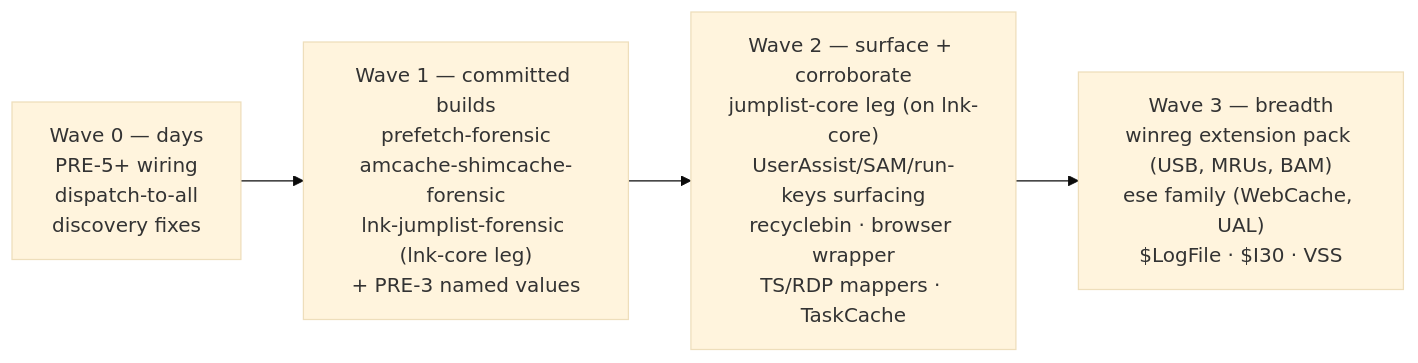
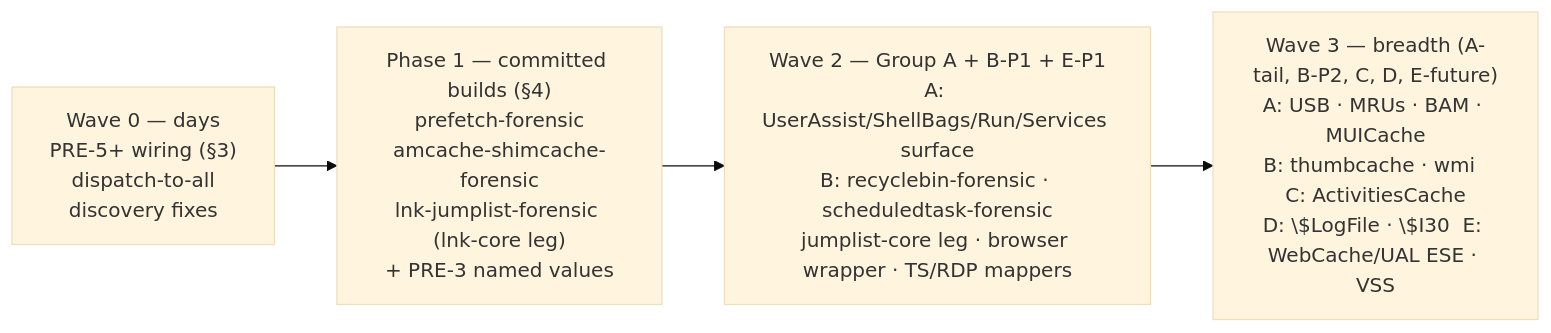
Before and after one commit to jwu29/issen: the diagram in docs/plans/2026-06-12-artifact-expansion.md, drawn with Mermaid (base theme). The commit also changed other lines of this file, not shown here.

First line of the commit message:
docs(plan): add Phase 2+ A-E build-strategy roadmap to artifact expansion

````diff
--- a/docs/plans/2026-06-12-artifact-expansion.md
+++ b/docs/plans/2026-06-12-artifact-expansion.md
@@ -232,18 +296,17 @@
 ```mermaid
 flowchart LR
     W0["Wave 0 — days
-PRE-5+ wiring
+PRE-5+ wiring (§3)
 dispatch-to-all
-discovery fixes"] --> W1["Wave 1 — committed builds
+discovery fixes"] --> P1["Phase 1 — committed builds (§4)
 prefetch-forensic
 amcache-shimcache-forensic
 lnk-jumplist-forensic (lnk-core leg)
-+ PRE-3 named values"] --> W2["Wave 2 — surface + corroborate
-jumplist-core leg (on lnk-core)
-UserAssist/SAM/run-keys surfacing
-recyclebin · browser wrapper
-TS/RDP mappers · TaskCache"] --> W3["Wave 3 — breadth
-winreg extension pack (USB, MRUs, BAM)
-ese family (WebCache, UAL)
-$LogFile · $I30 · VSS"]
++ PRE-3 named values"] --> W2["Wave 2 — Group A + B-P1 + E-P1
+A: UserAssist/ShellBags/Run/Services surface
+B: recyclebin-forensic · scheduledtask-forensic
+jumplist-core leg · browser wrapper · TS/RDP mappers"] --> W3["Wave 3 — breadth (A-tail, B-P2, C, D, E-future)
+A: USB · MRUs · BAM · MUICache
+B: thumbcache · wmi  C: ActivitiesCache
+D: \$LogFile · \$I30  E: WebCache/UAL ESE · VSS"]
 ```
````
